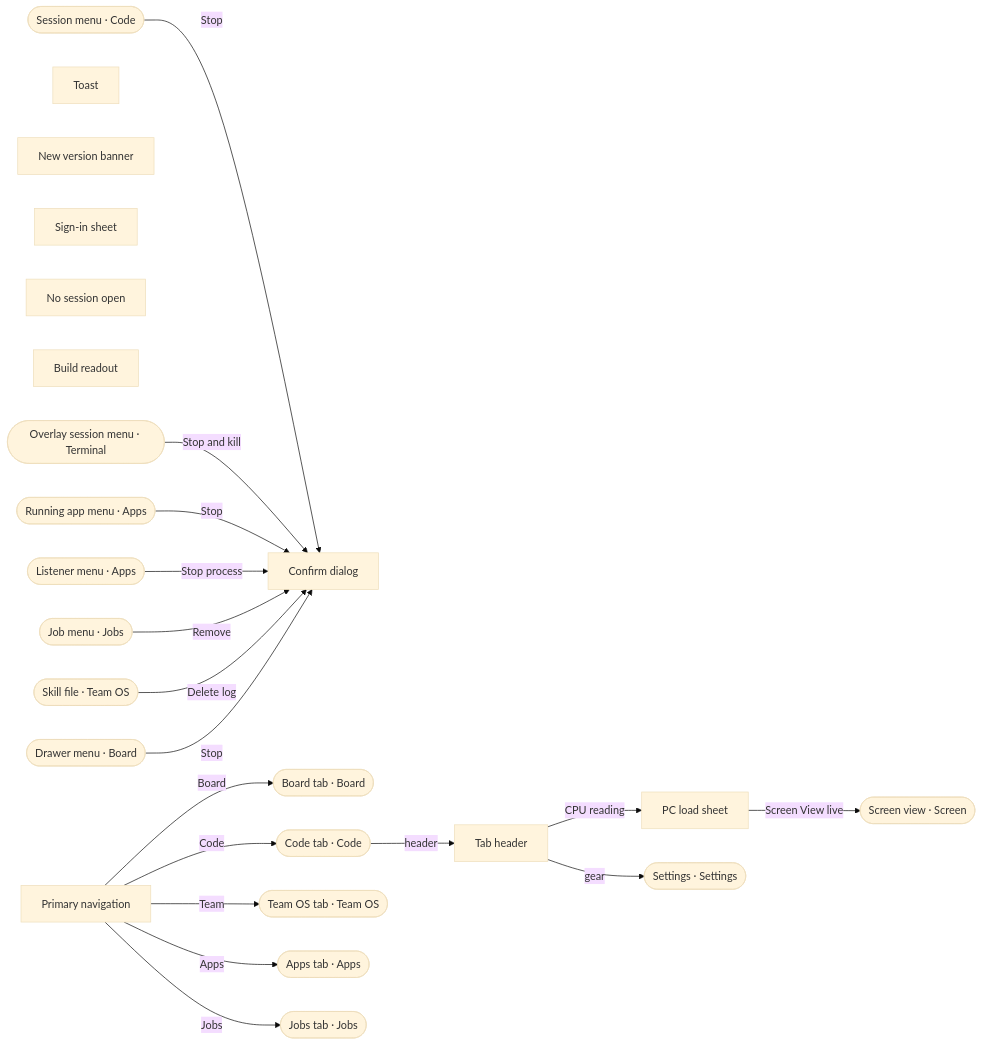
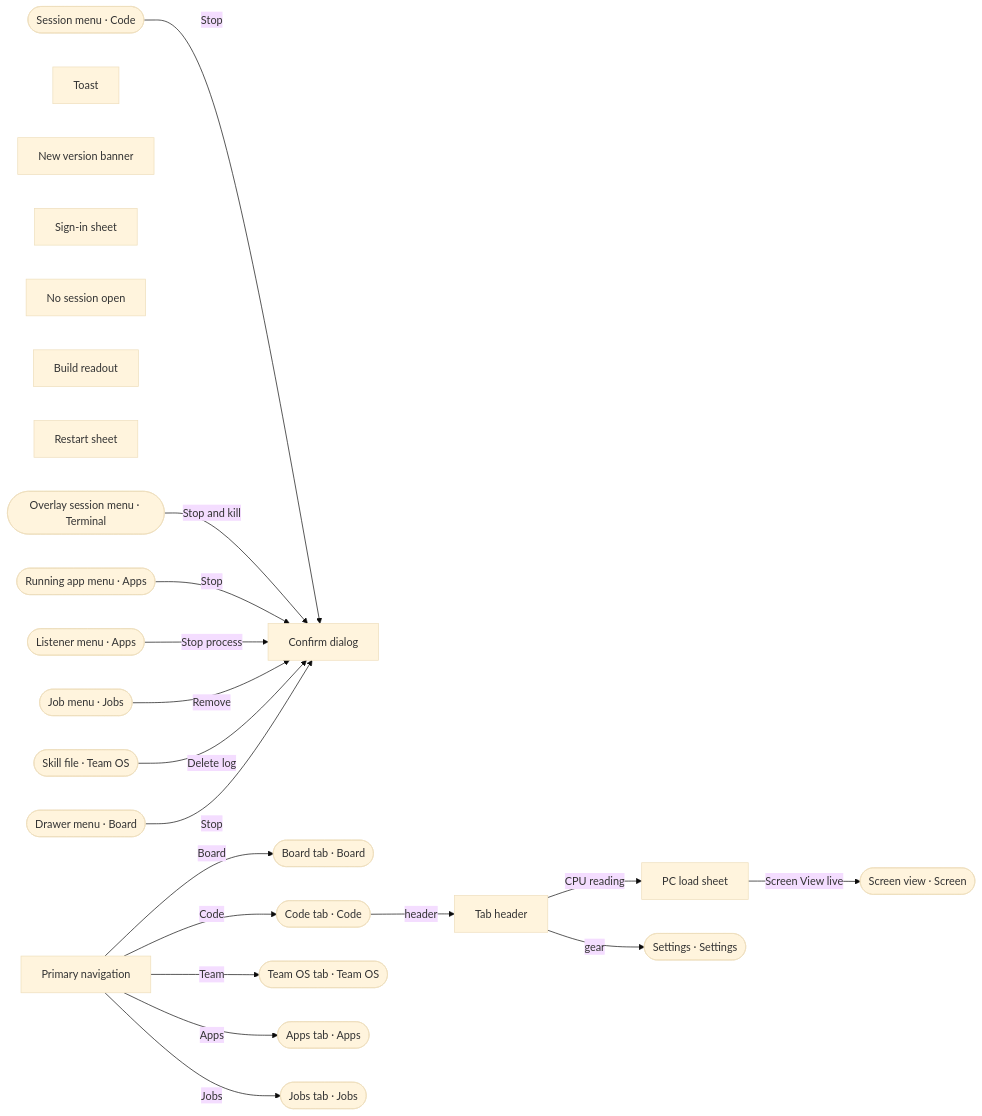
Before and after one commit to ferraroroberto/app-launcher-lite: the first of 11 diagrams in docs/ux-surface-map.md, drawn with Mermaid (base theme). The commit also changed other lines of this file and 40 other files, not shown here.

First line of the commit message:
feat: restart the app and the session-host from the build readout (#468) (#529)

````diff
--- a/docs/ux-surface-map.md
+++ b/docs/ux-surface-map.md
@@ -31,42 +31,43 @@
 ```mermaid
 flowchart LR
   s0["Primary navigation"]
   s1["Tab header"]
   s2["PC load sheet"]
   s3["Toast"]
   s4["New version banner"]
   s5["Sign-in sheet"]
   s6["Confirm dialog"]
   s7["No session open"]
   s8["Build readout"]
-  s69(["Board tab · Board"])
-  s9(["Code tab · Code"])
-  s62(["Team OS tab · Team OS"])
-  s40(["Apps tab · Apps"])
-  s52(["Jobs tab · Jobs"])
-  s84(["Settings · Settings"])
-  s36(["Screen view · Screen"])
-  s12(["Session menu · Code"])
-  s23(["Overlay session menu · Terminal"])
-  s42(["Running app menu · Apps"])
-  s45(["Listener menu · Apps"])
-  s58(["Job menu · Jobs"])
-  s67(["Skill file · Team OS"])
-  s80(["Drawer menu · Board"])
-  s0 -->|"Board"| s69
-  s0 -->|"Code"| s9
-  s0 -->|"Team"| s62
-  s0 -->|"Apps"| s40
-  s0 -->|"Jobs"| s52
+  s9["Restart sheet"]
+  s70(["Board tab · Board"])
+  s10(["Code tab · Code"])
+  s63(["Team OS tab · Team OS"])
+  s41(["Apps tab · Apps"])
+  s53(["Jobs tab · Jobs"])
+  s85(["Settings · Settings"])
+  s37(["Screen view · Screen"])
+  s13(["Session menu · Code"])
+  s24(["Overlay session menu · Terminal"])
+  s43(["Running app menu · Apps"])
+  s46(["Listener menu · Apps"])
+  s59(["Job menu · Jobs"])
+  s68(["Skill file · Team OS"])
+  s81(["Drawer menu · Board"])
+  s0 -->|"Board"| s70
+  s0 -->|"Code"| s10
+  s0 -->|"Team"| s63
+  s0 -->|"Apps"| s41
+  s0 -->|"Jobs"| s53
   s1 -->|"CPU reading"| s2
-  s1 -->|"gear"| s84
-  s2 -->|"Screen View live"| s36
-  s9 -->|"header"| s1
-  s12 -->|"Stop"| s6
-  s23 -->|"Stop and kill"| s6
-  s42 -->|"Stop"| s6
-  s45 -->|"Stop process"| s6
-  s58 -->|"Remove"| s6
-  s67 -->|"Delete log"| s6
-  s80 -->|"Stop"| s6
+  s1 -->|"gear"| s85
+  s2 -->|"Screen View live"| s37
+  s10 -->|"header"| s1
+  s13 -->|"Stop"| s6
+  s24 -->|"Stop and kill"| s6
+  s43 -->|"Stop"| s6
+  s46 -->|"Stop process"| s6
+  s59 -->|"Remove"| s6
+  s68 -->|"Delete log"| s6
+  s81 -->|"Stop"| s6
 ```
````
